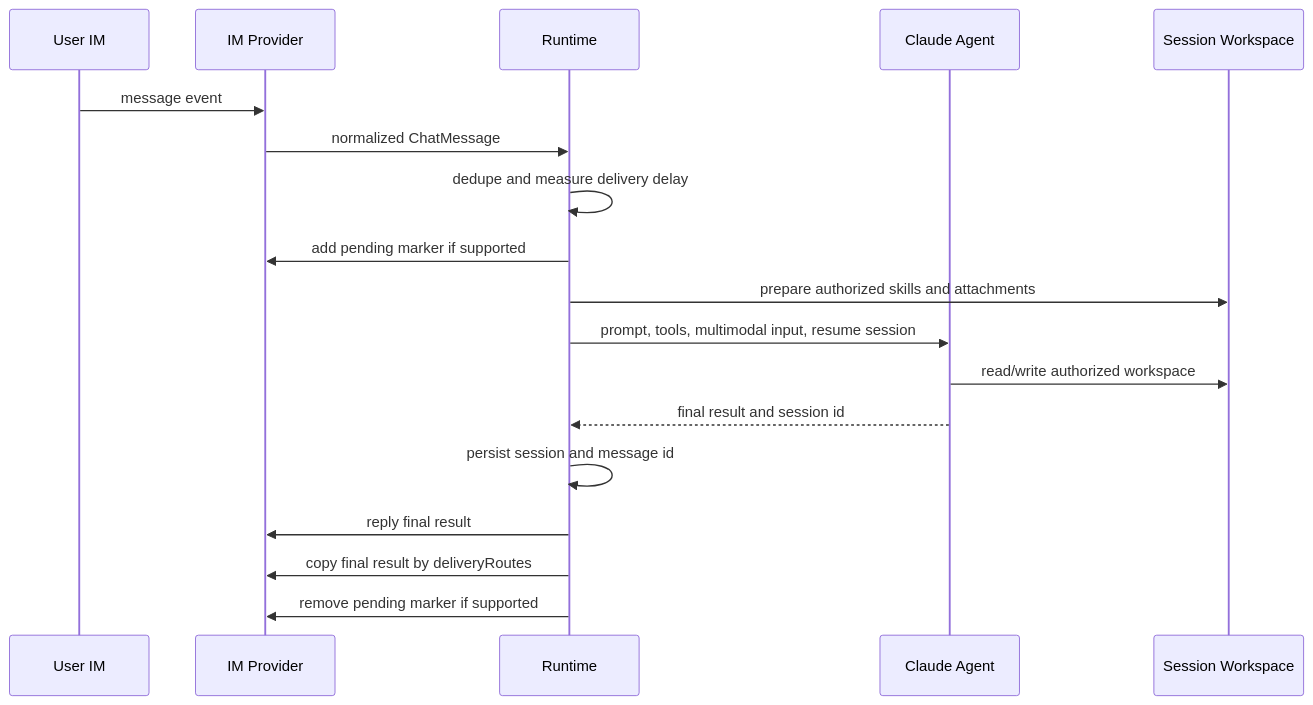
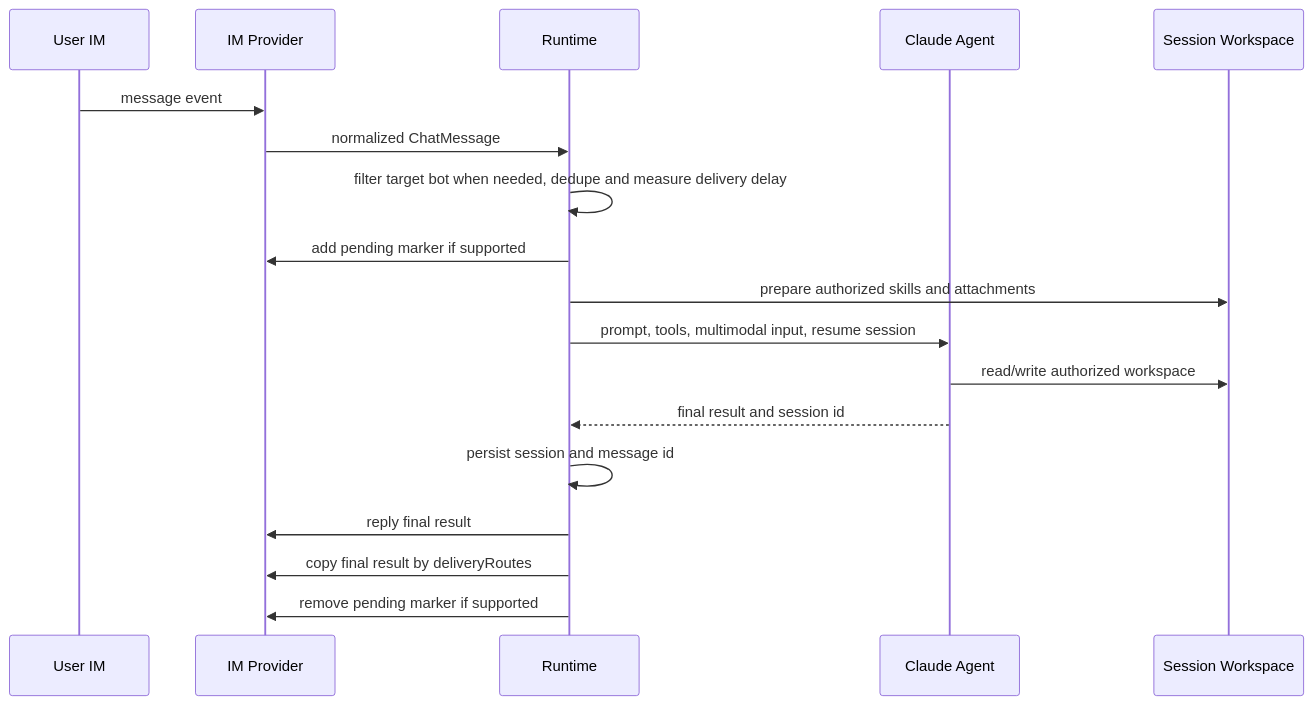
One commit to Quarkfan/QuarkFanTools changed the second of 2 diagrams in docs/architecture.md. Above: the diagram before and after it, drawn with Mermaid. The commit also changed other lines of this file and 14 other files, not shown here.

````diff
--- a/docs/architecture.md
+++ b/docs/architecture.md
@@ -29,21 +29,21 @@
 ```mermaid
 sequenceDiagram
     participant U as User IM
     participant I as IM Provider
     participant R as Runtime
     participant C as Claude Agent
     participant W as Session Workspace
 
     U->>I: message event
     I->>R: normalized ChatMessage
-    R->>R: dedupe and measure delivery delay
+    R->>R: filter target bot when needed, dedupe and measure delivery delay
     R->>I: add pending marker if supported
     R->>W: prepare authorized skills and attachments
     R->>C: prompt, tools, multimodal input, resume session
     C->>W: read/write authorized workspace
     C-->>R: final result and session id
     R->>R: persist session and message id
     R->>I: reply final result
     R->>I: copy final result by deliveryRoutes
     R->>I: remove pending marker if supported
 ```
````
